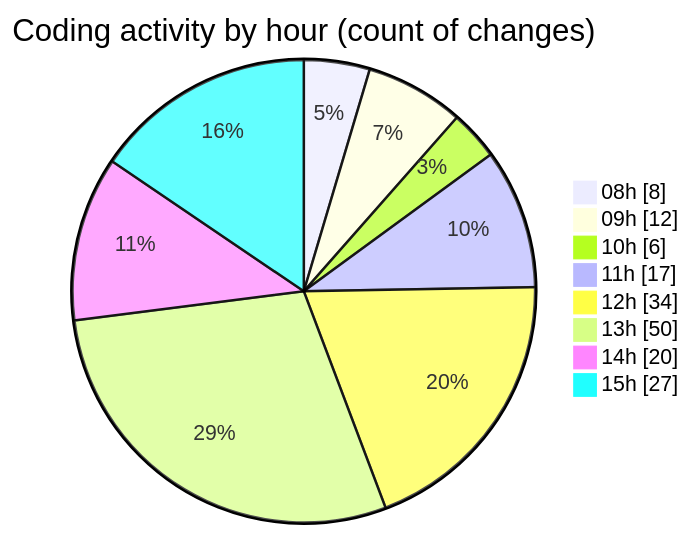
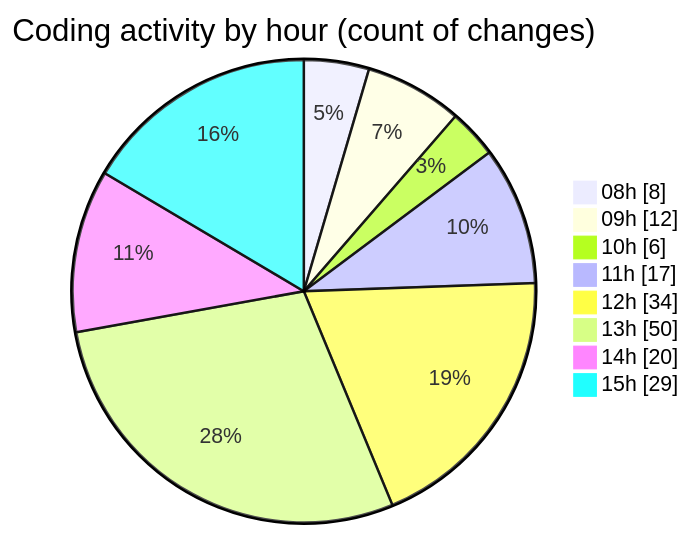
Before and after one commit to momahboobian/code-tracking: the second of 2 diagrams in 2025-09-15/cda/README.md, drawn with Mermaid. The commit also changed other lines of this file and 1 other file, not shown here.

````diff
--- a/2025-09-15/cda/README.md
+++ b/2025-09-15/cda/README.md
@@ -35,12 +35,12 @@
 ```mermaid
 pie showData
 title Coding activity by hour (count of changes)
 "08h" : 8
 "09h" : 12
 "10h" : 6
 "11h" : 17
 "12h" : 34
 "13h" : 50
 "14h" : 20
-"15h" : 27
+"15h" : 29
 ```
````
